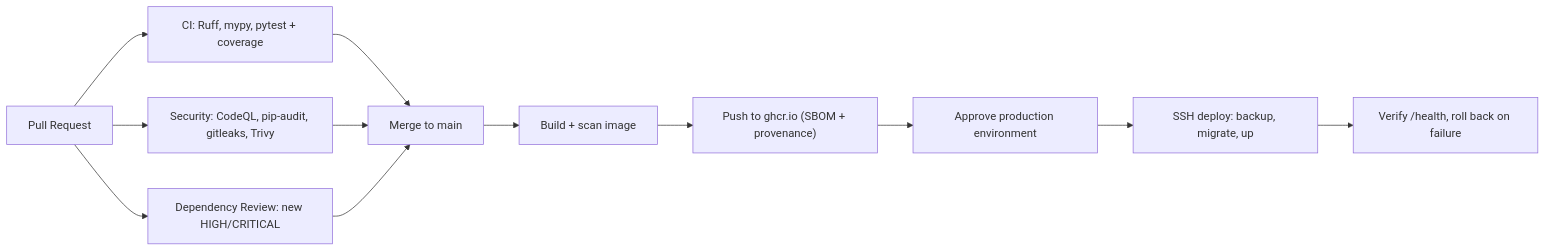
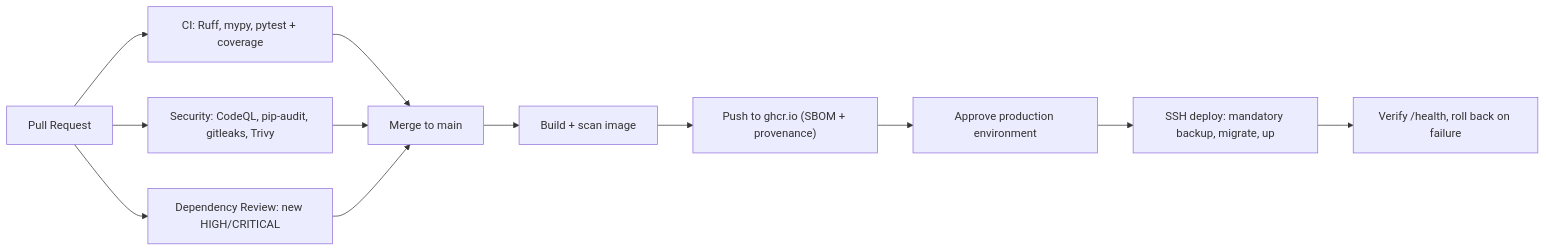
The second of 2 diagrams in README.md (karltkiy/docmind), drawn with Mermaid before and after one commit. The commit also changed other lines of this file and 34 other files, not shown here.

````diff
--- a/README.md
+++ b/README.md
@@ -272,14 +300,14 @@
 ```mermaid
 flowchart LR
     PR["Pull Request"] --> CI["CI: Ruff, mypy, pytest + coverage"]
     PR --> SEC["Security: CodeQL, pip-audit, gitleaks, Trivy"]
     PR --> DEP["Dependency Review: new HIGH/CRITICAL"]
     CI --> MERGE["Merge to main"]
     SEC --> MERGE
     DEP --> MERGE
     MERGE --> IMG["Build + scan image"]
     IMG --> GHCR["Push to ghcr.io (SBOM + provenance)"]
     GHCR --> GATE["Approve production environment"]
-    GATE --> DEPLOY["SSH deploy: backup, migrate, up"]
+    GATE --> DEPLOY["SSH deploy: mandatory backup, migrate, up"]
     DEPLOY --> CHECK["Verify /health, roll back on failure"]
 ```
````
